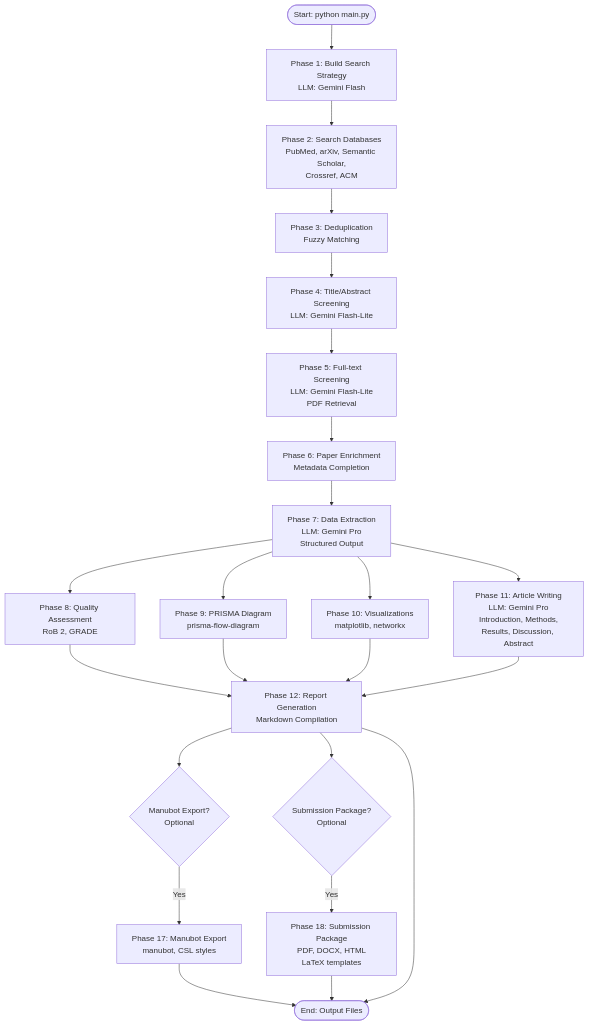
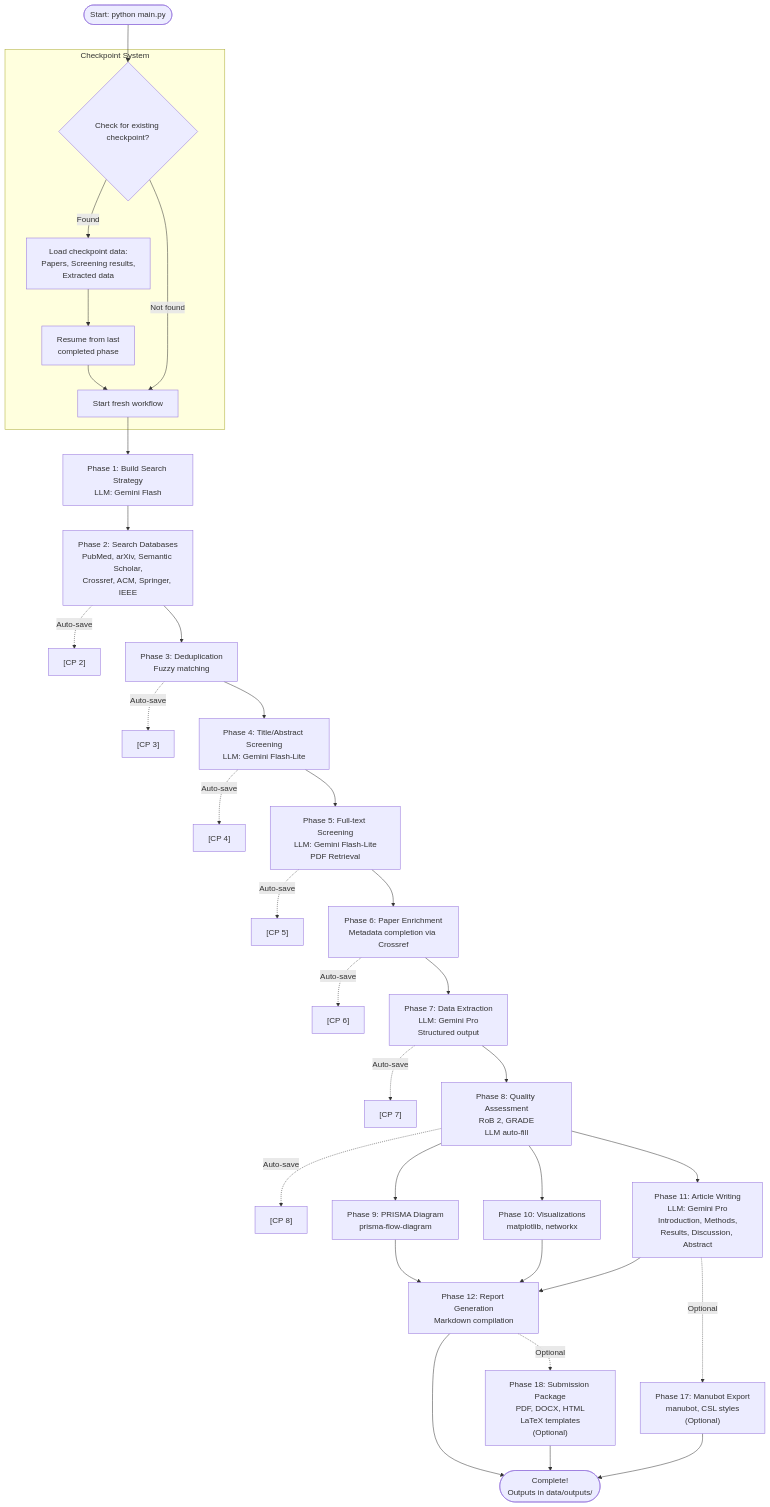
Before and after one commit to parthchandak02/literature-review-assistant: the diagram in README.md, drawn with Mermaid. The commit also changed other lines of this file and 13 other files, not shown here.

````diff
--- a/README.md
+++ b/README.md
@@ -100,30 +118,43 @@
 ```mermaid
 flowchart TD
-    Start([Start: python main.py]) --> BuildStrategy[Phase 1: Build Search Strategy<br/>LLM: Gemini Flash]
-    BuildStrategy --> SearchDB[Phase 2: Search Databases<br/>PubMed, arXiv, Semantic Scholar,<br/>Crossref, ACM]
-    SearchDB --> Dedup[Phase 3: Deduplication<br/>Fuzzy Matching]
-    Dedup --> TitleScreen[Phase 4: Title/Abstract Screening<br/>LLM: Gemini Flash-Lite]
-    TitleScreen --> FullTextScreen[Phase 5: Full-text Screening<br/>LLM: Gemini Flash-Lite<br/>PDF Retrieval]
-    FullTextScreen --> Enrich[Phase 6: Paper Enrichment<br/>Metadata Completion]
-    Enrich --> Extract[Phase 7: Data Extraction<br/>LLM: Gemini Pro<br/>Structured Output]
+    Start([Start: python main.py]) --> CheckpointCheck{Check for existing checkpoint?}
     
-    Extract --> Quality[Phase 8: Quality Assessment<br/>RoB 2, GRADE]
-    Extract --> PRISMA[Phase 9: PRISMA Diagram<br/>prisma-flow-diagram]
-    Extract --> Viz[Phase 10: Visualizations<br/>matplotlib, networkx]
-    Extract --> Write[Phase 11: Article Writing<br/>LLM: Gemini Pro<br/>Introduction, Methods,<br/>Results, Discussion, Abstract]
+    subgraph CheckpointSystem["Checkpoint System"]
+        CheckpointCheck -->|Found| LoadCheckpoint["Load checkpoint data:<br/>Papers, Screening results,<br/>Extracted data"]
+        CheckpointCheck -->|Not found| StartFresh[Start fresh workflow]
+        LoadCheckpoint --> ResumePhase["Resume from last<br/>completed phase"]
+        ResumePhase --> StartFresh
+    end
     
-    Quality --> Report[Phase 12: Report Generation<br/>Markdown Compilation]
-    PRISMA --> Report
-    Viz --> Report
-    Write --> Report
+    StartFresh --> Phase1["Phase 1: Build Search Strategy<br/>LLM: Gemini Flash"]
+    Phase1 --> Phase2["Phase 2: Search Databases<br/>PubMed, arXiv, Semantic Scholar,<br/>Crossref, ACM, Springer, IEEE"]
+    Phase2 -.->|Auto-save| CP2["[CP 2]"]
+    Phase2 --> Phase3["Phase 3: Deduplication<br/>Fuzzy matching"]
+    Phase3 -.->|Auto-save| CP3["[CP 3]"]
+    Phase3 --> Phase4["Phase 4: Title/Abstract Screening<br/>LLM: Gemini Flash-Lite"]
+    Phase4 -.->|Auto-save| CP4["[CP 4]"]
+    Phase4 --> Phase5["Phase 5: Full-text Screening<br/>LLM: Gemini Flash-Lite<br/>PDF Retrieval"]
+    Phase5 -.->|Auto-save| CP5["[CP 5]"]
+    Phase5 --> Phase6["Phase 6: Paper Enrichment<br/>Metadata completion via Crossref"]
+    Phase6 -.->|Auto-save| CP6["[CP 6]"]
+    Phase6 --> Phase7["Phase 7: Data Extraction<br/>LLM: Gemini Pro<br/>Structured output"]
+    Phase7 -.->|Auto-save| CP7["[CP 7]"]
+    Phase7 --> Phase8["Phase 8: Quality Assessment<br/>RoB 2, GRADE<br/>LLM auto-fill"]
+    Phase8 -.->|Auto-save| CP8["[CP 8]"]
     
-    Report --> Manubot{Manubot Export?<br/>Optional}
-    Report --> Submit{Submission Package?<br/>Optional}
+    Phase8 --> Phase9["Phase 9: PRISMA Diagram<br/>prisma-flow-diagram"]
+    Phase8 --> Phase10["Phase 10: Visualizations<br/>matplotlib, networkx"]
+    Phase8 --> Phase11["Phase 11: Article Writing<br/>LLM: Gemini Pro<br/>Introduction, Methods,<br/>Results, Discussion, Abstract"]
     
-    Manubot -->|Yes| ManubotPhase[Phase 17: Manubot Export<br/>manubot, CSL styles]
-    Submit -->|Yes| SubmitPhase[Phase 18: Submission Package<br/>PDF, DOCX, HTML<br/>LaTeX templates]
+    Phase9 --> Phase12["Phase 12: Report Generation<br/>Markdown compilation"]
+    Phase10 --> Phase12
+    Phase11 --> Phase12
     
-    ManubotPhase --> End([End: Output Files])
-    SubmitPhase --> End
-    Report --> End
+    Phase12 --> End([Complete!<br/>Outputs in data/outputs/])
+    
+    Phase11 -.->|Optional| Phase17["Phase 17: Manubot Export<br/>manubot, CSL styles<br/>(Optional)"]
+    Phase17 --> End
+    
+    Phase12 -.->|Optional| Phase18["Phase 18: Submission Package<br/>PDF, DOCX, HTML<br/>LaTeX templates<br/>(Optional)"]
+    Phase18 --> End
 ```
````
